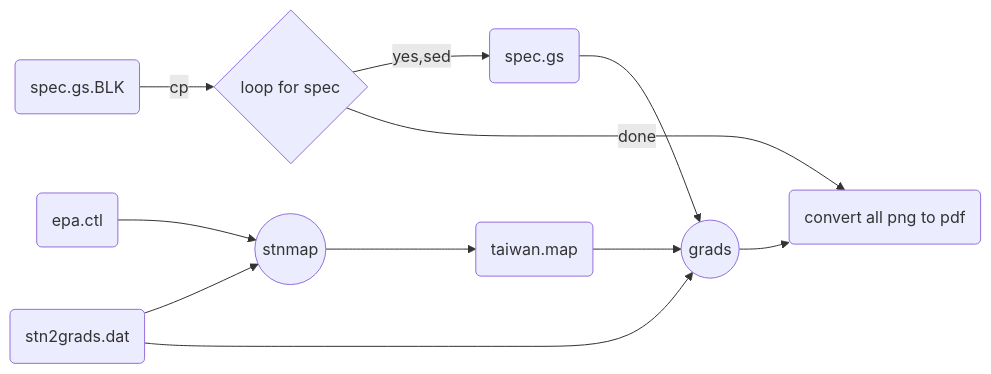
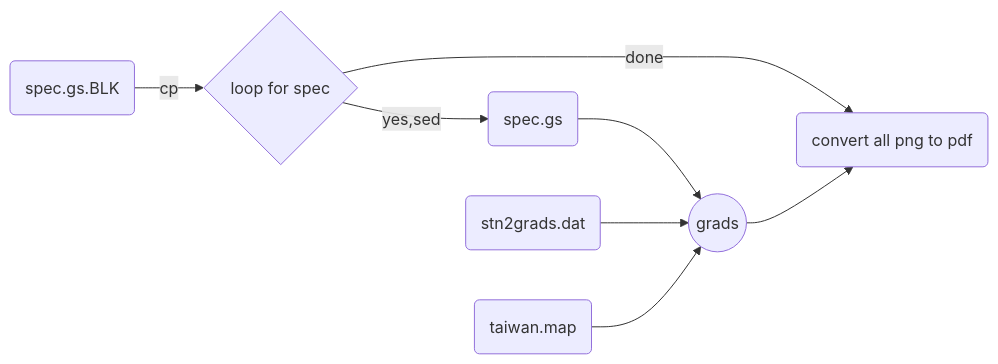
The third of 3 diagrams in _posts/2022-07-21-ovm2grads.md (sinotec2/FAQ), drawn with Mermaid before and after one commit.

````diff
--- a/_posts/2022-07-21-ovm2grads.md
+++ b/_posts/2022-07-21-ovm2grads.md
@@ -51,13 +51,10 @@
 ```mermaid
 graph LR
-    G(epa.ctl) --> H((stnmap))
-    C(stn2grads.dat) --> H
-    H --> I(taiwan.map)
-    C --> E((grads))
     A(spec.gs.BLK) -- cp --> D{loop for spec}
     D -- yes,sed --> B(spec.gs)
     B --> E((grads))
-    I --> E((grads))
+    C(stn2grads.dat) --> E((grads))
+    I(taiwan.map) --> E((grads))
     D -- done --> F(convert all png to pdf)
     E --> F
 ```
````
